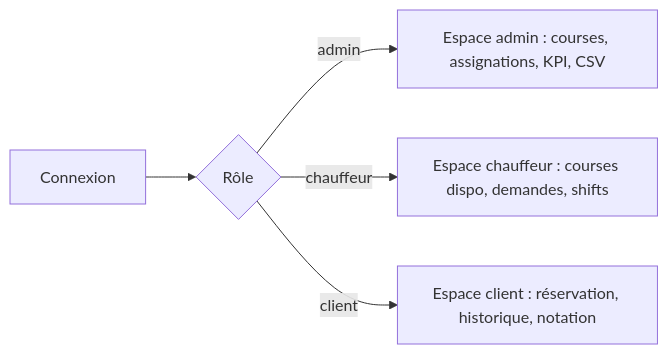
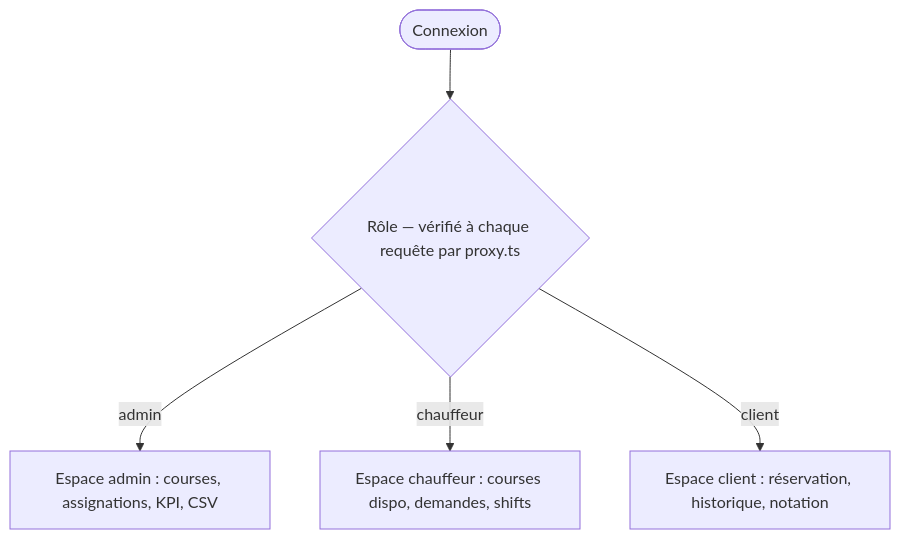
One commit to Mamoru-fr/AMT-Express changed the seventh of 9 diagrams in documents/dossiers/dossierProjet/v1-complet/dossierProjetRNCP.md. Above: the diagram before and after it, drawn with Mermaid. The commit also changed other lines of this file, not shown here.

Commit message:
docs(dossier): passe rendu n°2 — police 14px, diagrammes horizontaux lisibles (zooms retirés), board/graphe/tests pleine largeur, gras réparé, chauffeur+erreurs regroupés, arborescence pleine largeur, légendes insécables

````diff
--- a/documents/dossiers/dossierProjet/v1-complet/dossierProjetRNCP.md
+++ b/documents/dossiers/dossierProjet/v1-complet/dossierProjetRNCP.md
@@ -486,7 +478,7 @@
 ```mermaid
-flowchart LR
-    C[Connexion] --> R{Rôle}
+flowchart TB
+    C([Connexion]) --> R{"Rôle — vérifié à chaque requête par proxy.ts"}
     R -- admin --> A["Espace admin : courses, assignations, KPI, CSV"]
     R -- chauffeur --> Dr["Espace chauffeur : courses dispo, demandes, shifts"]
     R -- client --> Cu["Espace client : réservation, historique, notation"]
 ```
````
